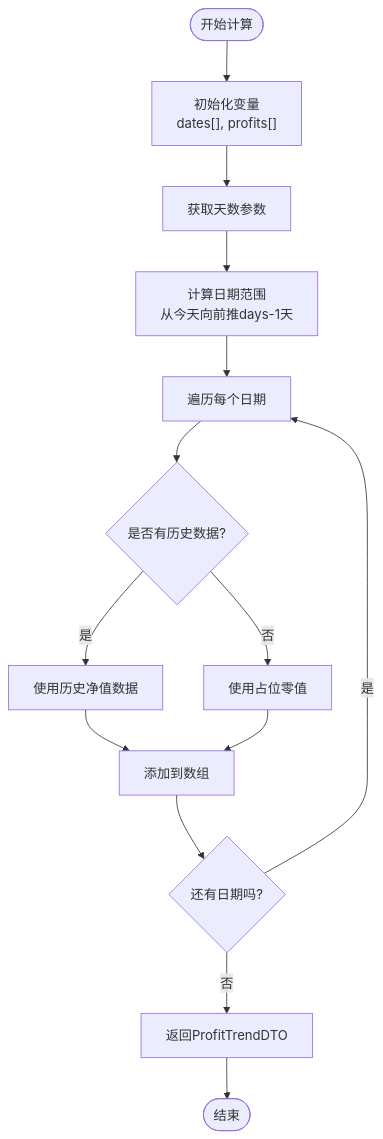
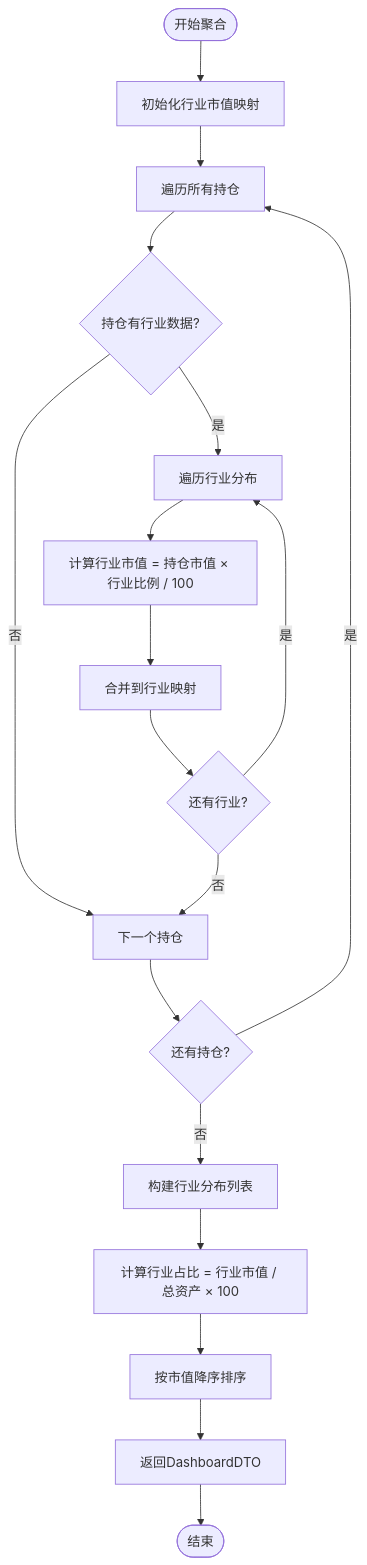
The fourth of 9 diagrams in .qoder/repowiki/zh/content/Dashboard Enhancement.md (gree-coder/fund-butler), drawn with Mermaid before and after one commit. The commit also changed other lines of this file and 15 other files, not shown here.

````diff
--- a/.qoder/repowiki/zh/content/Dashboard Enhancement.md
+++ b/.qoder/repowiki/zh/content/Dashboard Enhancement.md
@@ -217,16 +247,20 @@
 ```mermaid
 flowchart TD
-Start([开始计算]) --> InitVars["初始化变量<br/>dates[], profits[]"]
-InitVars --> GetDays["获取天数参数"]
-GetDays --> CalcDates["计算日期范围<br/>从今天向前推days-1天"]
-CalcDates --> LoopDates["遍历每个日期"]
-LoopDates --> CheckData{"是否有历史数据?"}
-CheckData --> |是| UseHistorical["使用历史净值数据"]
-CheckData --> |否| UseZero["使用占位零值"]
-UseHistorical --> AddToArrays["添加到数组"]
-UseZero --> AddToArrays
-AddToArrays --> NextDate{"还有日期吗?"}
-NextDate --> |是| LoopDates
-NextDate --> |否| ReturnData["返回ProfitTrendDTO"]
+Start([开始聚合]) --> InitVars["初始化行业市值映射"]
+InitVars --> IteratePositions["遍历所有持仓"]
+IteratePositions --> CheckIndustry{"持仓有行业数据?"}
+CheckIndustry --> |是| IterateIndustries["遍历行业分布"]
+CheckIndustry --> |否| NextPosition["下一个持仓"]
+IterateIndustries --> CalcValue["计算行业市值 = 持仓市值 × 行业比例 / 100"]
+CalcValue --> MergeIndustry["合并到行业映射"]
+MergeIndustry --> NextIndustry{"还有行业?"}
+NextIndustry --> |是| IterateIndustries
+NextIndustry --> |否| NextPosition
+NextPosition --> CheckMore{"还有持仓?"}
+CheckMore --> |是| IteratePositions
+CheckMore --> |否| BuildList["构建行业分布列表"]
+BuildList --> CalcRatio["计算行业占比 = 行业市值 / 总资产 × 100"]
+CalcRatio --> SortList["按市值降序排序"]
+SortList --> ReturnData["返回DashboardDTO"]
 ReturnData --> End([结束])
 ```
````
